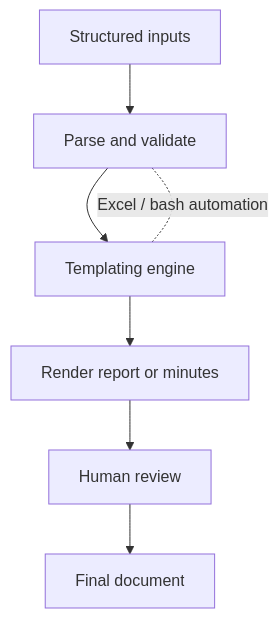
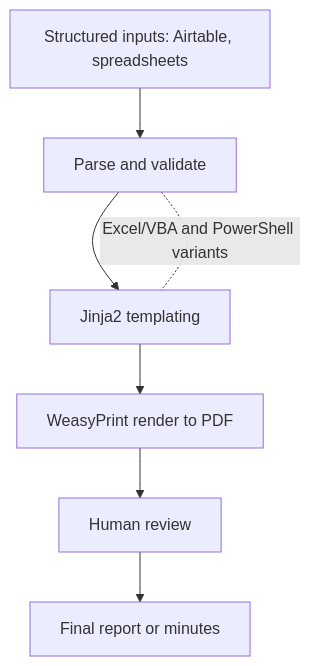
The second of 2 diagrams in innpact.md (DeharengOlivier/case-studies), drawn with Mermaid before and after one commit. The commit also changed other lines of this file, not shown here.

````diff
--- a/innpact.md
+++ b/innpact.md
@@ -43,9 +58,9 @@
 ```mermaid
 flowchart TD
-    Inputs[Structured inputs] --> Parse[Parse and validate]
-    Parse --> Template[Templating engine]
-    Template --> Render[Render report or minutes]
+    Inputs[Structured inputs: Airtable, spreadsheets] --> Parse[Parse and validate]
+    Parse --> Template[Jinja2 templating]
+    Template --> Render[WeasyPrint render to PDF]
     Render --> Review[Human review]
-    Review --> Output[Final document]
-    Parse -. Excel / bash automation .- Template
+    Review --> Output[Final report or minutes]
+    Parse -. Excel/VBA and PowerShell variants .- Template
 ```
````
